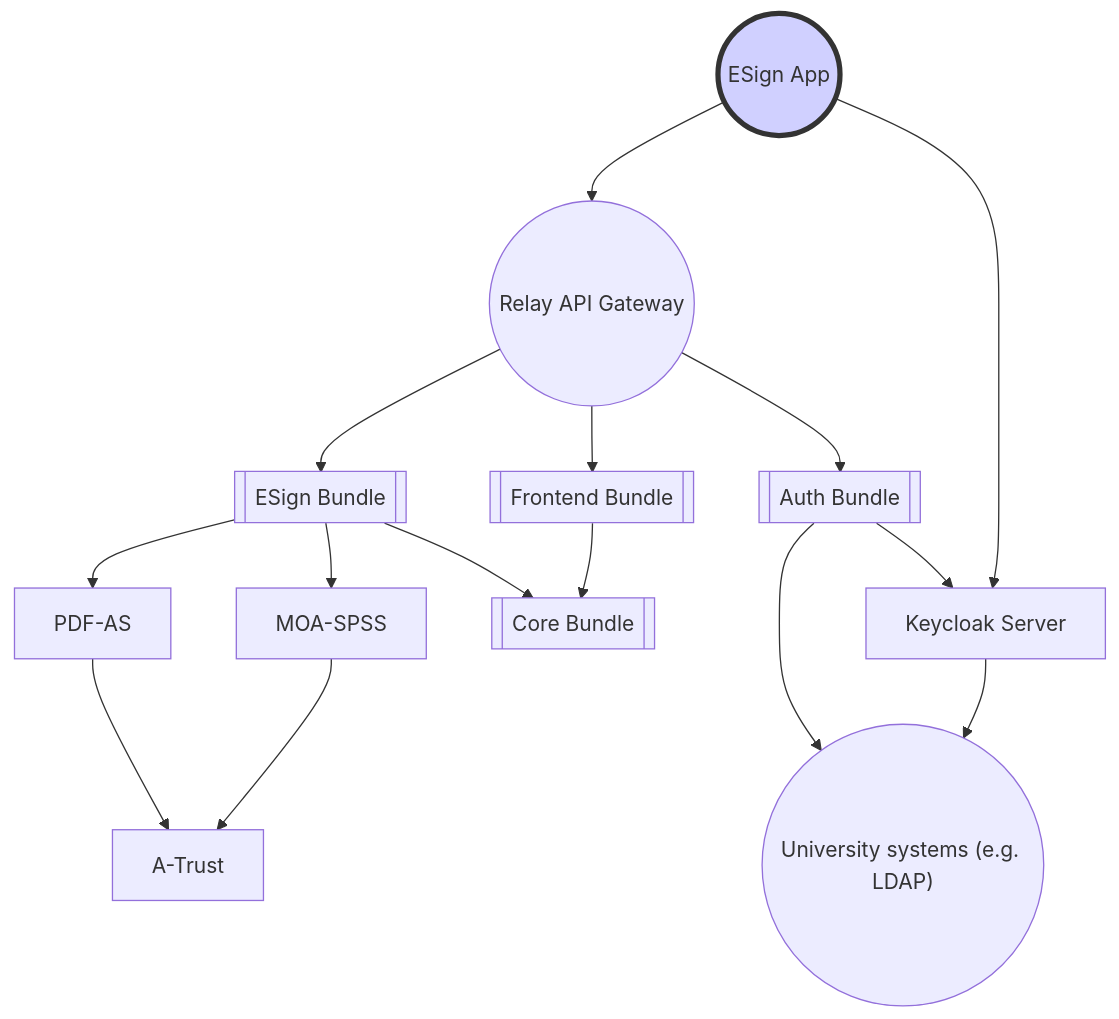
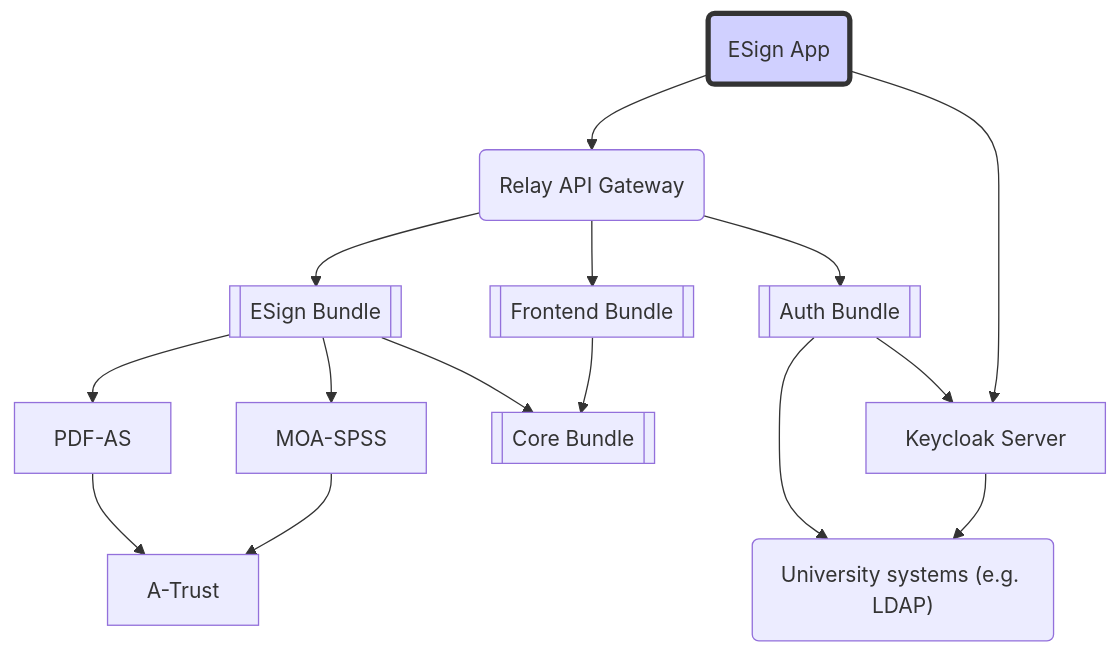
One commit to digital-blueprint/handbook changed the diagram in docs/blueprints/esign.md. Above: the diagram before and after it, drawn with Mermaid. The commit also changed 2 other files, not shown here.

Commit message:
blueprints: remove the mermaid links for now
they are all broken, but the targets don't have a fixed position yet,
so just remove them for now

````diff
--- a/docs/blueprints/esign.md
+++ b/docs/blueprints/esign.md
@@ -35,29 +35,19 @@
 ```{.mermaid style="max-width:600px; margin: auto"}
 graph TB
-    frontend((ESign App)) --> relay((Relay API Gateway))
+    frontend(ESign App) --> relay(Relay API Gateway)
     frontend --> keycloak[Keycloak Server]
     relay --> esign-bundle[[ESign Bundle]]
     relay --> frontend-bundle[[Frontend Bundle]]
     relay --> auth-bundle[[Auth Bundle]]
     esign-bundle --> pdf-as[PDF-AS]
     esign-bundle --> moa-spss[MOA-SPSS]
     esign-bundle  -->  core-bundle[[Core Bundle]]
     frontend-bundle --> core-bundle
-    auth-bundle --> local-system(("University systems (e.g. LDAP)"))
+    auth-bundle --> local-system("University systems (e.g. LDAP)")
     auth-bundle --> keycloak
     keycloak --> local-system
     pdf-as --> a-trust[A-Trust]
     moa-spss --> a-trust
 
     style frontend fill:#d0d0ff,stroke:#333,stroke-width:4px
-    click frontend "/site/software/esign.html#frontend-app" "ESign App"
-    click keycloak "/site/software/esign.html#keycloak-server" "Keycloak Server"
-    click relay "/site/software/esign.html#relay-api" "Relay API"
-    click esign-bundle "/site/software/esign.html#relay-api" "Relay API"
-    click frontend-bundle "/site/software/esign.html#relay-api" "Relay API"
-    click core-bundle "/site/software/esign.html#relay-api" "Relay API"
-    click auth-bundle "/site/software/esign.html#relay-api" "Relay API"
-    click pdf-as "/site/components/pdf-as.html" "PDF-AS"
-    click moa-spss "https://joinup.ec.europa.eu/collection/e-government-innovation-center-egiz/solution/moa-spss" "MOA-SSP"
-    click a-trust "https://www.a-trust.at/" "A-Trust"
 ```
````
